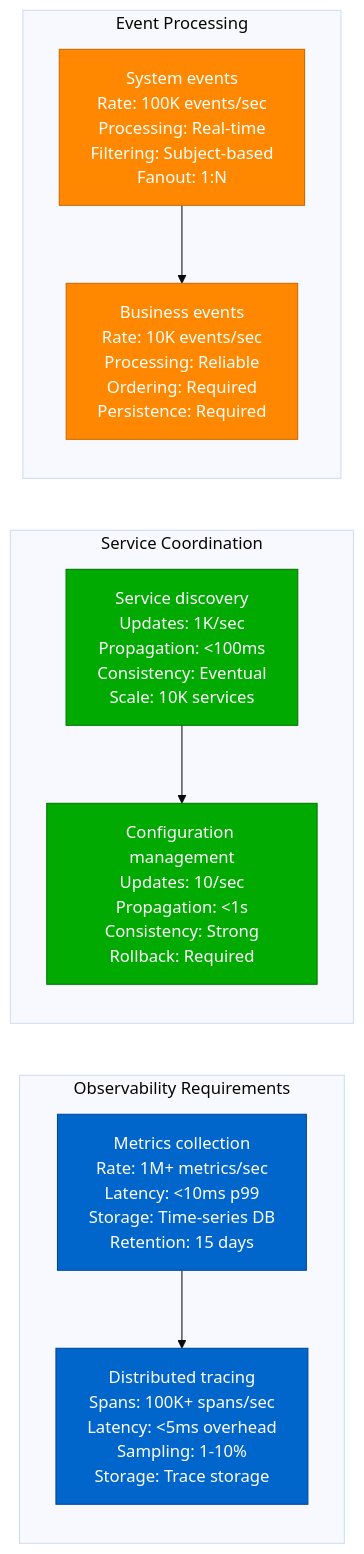
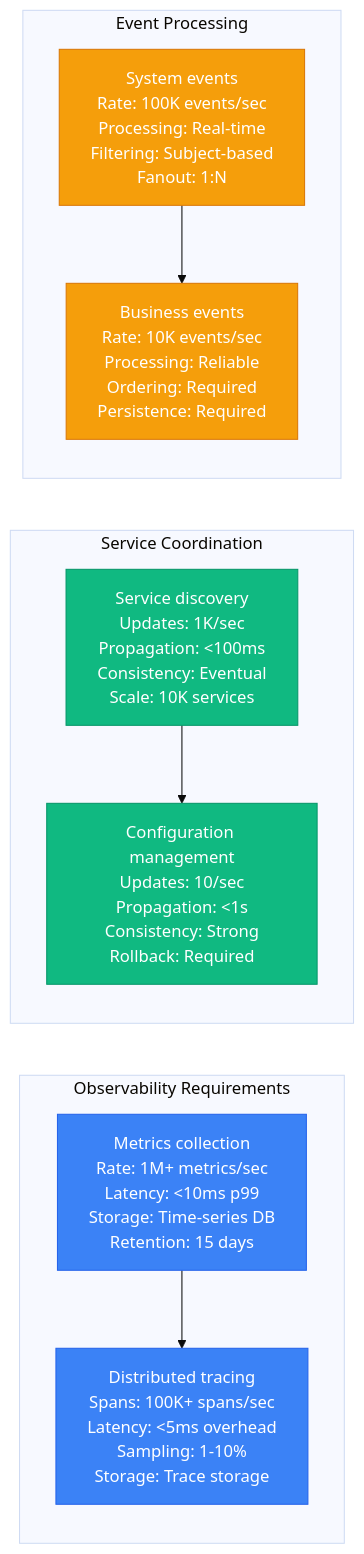
Diagram 12 of 13 in site/docs/performance/nats-performance-profile.md (deepaucksharma/DS), drawn with Mermaid (base theme) before and after one commit. The commit also changed other lines of this file and 303 other files, not shown here.

````diff
--- a/site/docs/performance/nats-performance-profile.md
+++ b/site/docs/performance/nats-performance-profile.md
@@ -432,34 +432,34 @@
 ```mermaid
 graph LR
     subgraph "Observability Requirements"
         OBS1[Metrics collection<br/>Rate: 1M+ metrics/sec<br/>Latency: <10ms p99<br/>Storage: Time-series DB<br/>Retention: 15 days]
 
         OBS2[Distributed tracing<br/>Spans: 100K+ spans/sec<br/>Latency: <5ms overhead<br/>Sampling: 1-10%<br/>Storage: Trace storage]
 
         OBS1 --> OBS2
     end
 
     subgraph "Service Coordination"
         COORD1[Service discovery<br/>Updates: 1K/sec<br/>Propagation: <100ms<br/>Consistency: Eventual<br/>Scale: 10K services]
 
         COORD2[Configuration management<br/>Updates: 10/sec<br/>Propagation: <1s<br/>Consistency: Strong<br/>Rollback: Required]
 
         COORD1 --> COORD2
     end
 
     subgraph "Event Processing"
         EVENT1[System events<br/>Rate: 100K events/sec<br/>Processing: Real-time<br/>Filtering: Subject-based<br/>Fanout: 1:N]
 
         EVENT2[Business events<br/>Rate: 10K events/sec<br/>Processing: Reliable<br/>Ordering: Required<br/>Persistence: Required]
 
         EVENT1 --> EVENT2
     end
 
-    classDef obsStyle fill:#0066CC,stroke:#004499,color:#fff
-    classDef coordStyle fill:#00AA00,stroke:#007700,color:#fff
-    classDef eventStyle fill:#FF8800,stroke:#CC6600,color:#fff
+    classDef obsStyle fill:#3B82F6,stroke:#2563EB,color:#fff
+    classDef coordStyle fill:#10B981,stroke:#059669,color:#fff
+    classDef eventStyle fill:#F59E0B,stroke:#D97706,color:#fff
 
     class OBS1,OBS2 obsStyle
     class COORD1,COORD2 coordStyle
     class EVENT1,EVENT2 eventStyle
 ```
````
